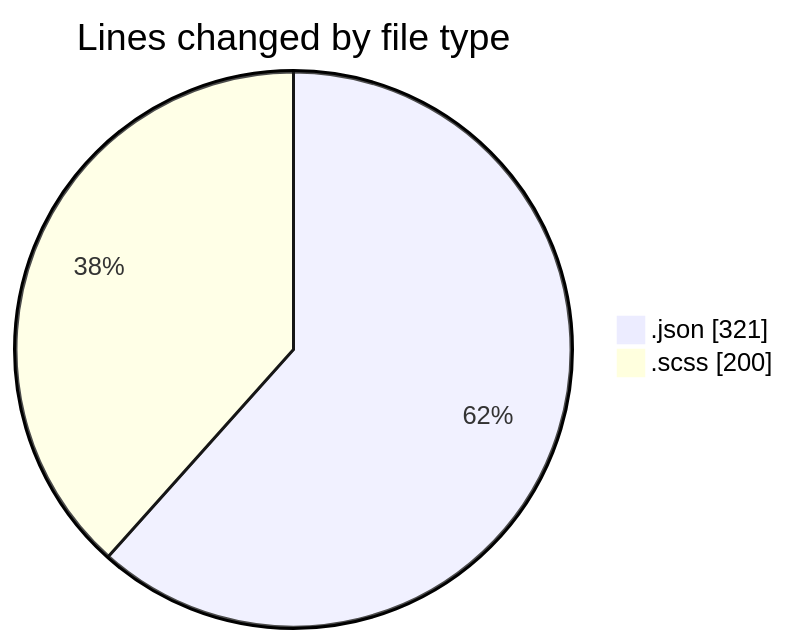
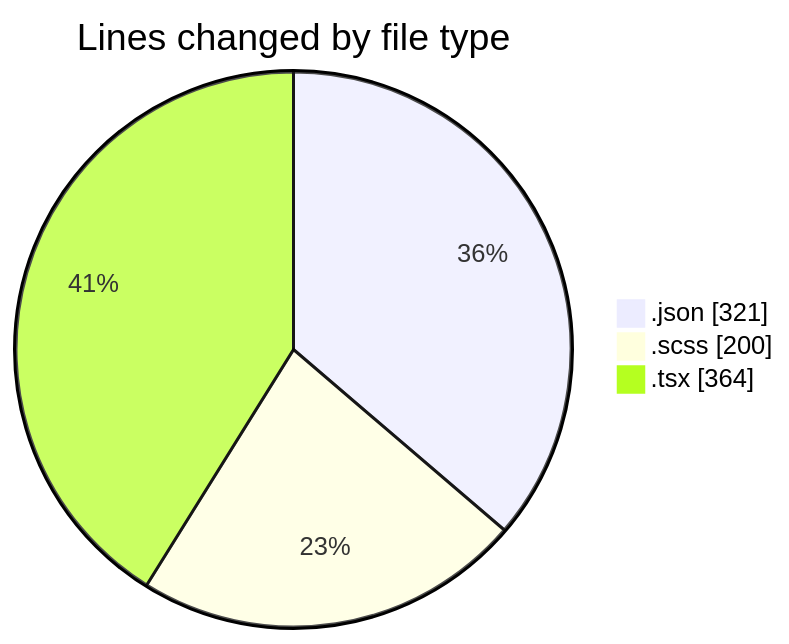
Before and after one commit to momahboobian/code-tracking: the first of 2 diagrams in 2026-04-20/cda/README.md, drawn with Mermaid. The commit also changed other lines of this file and 1 other file, not shown here.

````diff
--- a/2026-04-20/cda/README.md
+++ b/2026-04-20/cda/README.md
@@ -23,6 +25,7 @@
 ```mermaid
 pie showData
 title Lines changed by file type
 ".json" : 321
 ".scss" : 200
+".tsx" : 364
 ```
````
